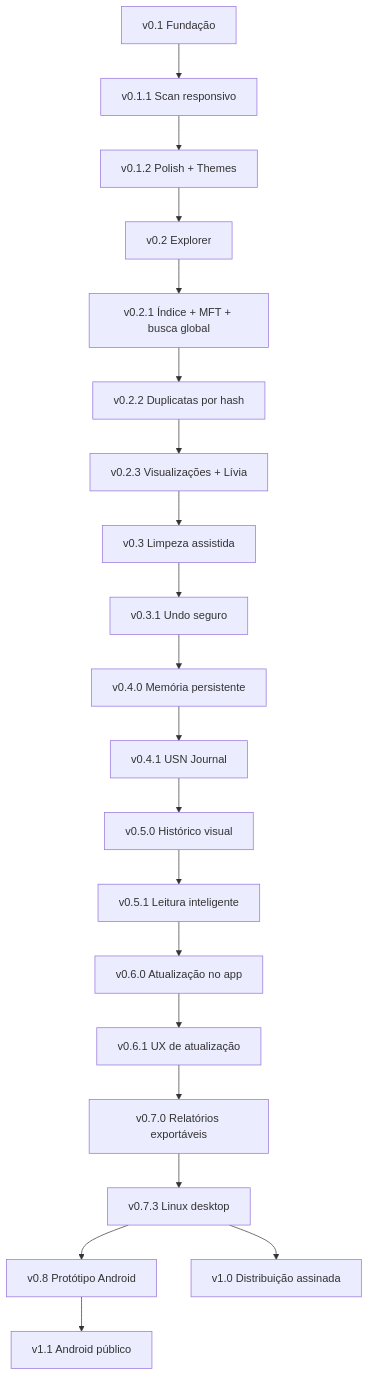
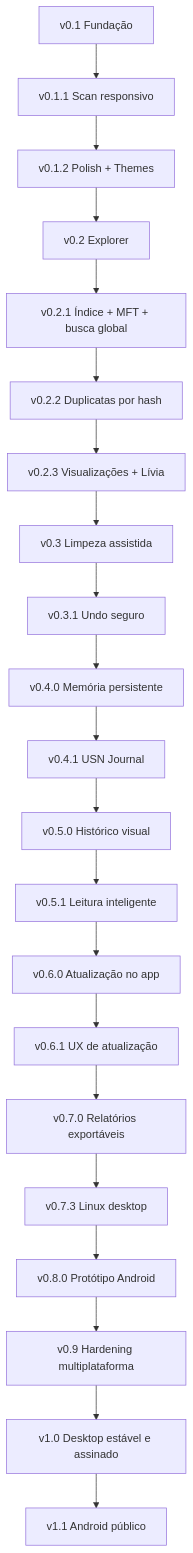
Diagram 12 of 12 in README.md (tombemol/L.I.V.I.A), drawn with Mermaid before and after one commit. The commit also changed other lines of this file and 17 other files, not shown here.

First line of the commit message:
v0.8.0 — protótipo Android via SAF

````diff
--- a/README.md
+++ b/README.md
@@ -611,22 +661,23 @@
 ```mermaid
 flowchart TD
     A[v0.1 Fundação] --> B[v0.1.1 Scan responsivo]
     B --> C[v0.1.2 Polish + Themes]
     C --> D[v0.2 Explorer]
     D --> E[v0.2.1 Índice + MFT + busca global]
     E --> F[v0.2.2 Duplicatas por hash]
     F --> V[v0.2.3 Visualizações + Lívia]
     V --> G[v0.3 Limpeza assistida]
     G --> U[v0.3.1 Undo seguro]
     U --> M[v0.4.0 Memória persistente]
     M --> H[v0.4.1 USN Journal]
     H --> V5[v0.5.0 Histórico visual]
     V5 --> V51[v0.5.1 Leitura inteligente]
     V51 --> V6[v0.6.0 Atualização no app]
     V6 --> V61[v0.6.1 UX de atualização]
     V61 --> V7[v0.7.0 Relatórios exportáveis]
     V7 --> V73[v0.7.3 Linux desktop]
-    V73 --> V8[v0.8 Protótipo Android]
-    V73 --> I[v1.0 Distribuição assinada]
-    V8 --> V11[v1.1 Android público]
+    V73 --> V8[v0.8.0 Protótipo Android]
+    V8 --> V9[v0.9 Hardening multiplataforma]
+    V9 --> I[v1.0 Desktop estável e assinado]
+    I --> V11[v1.1 Android público]
 ```
````
